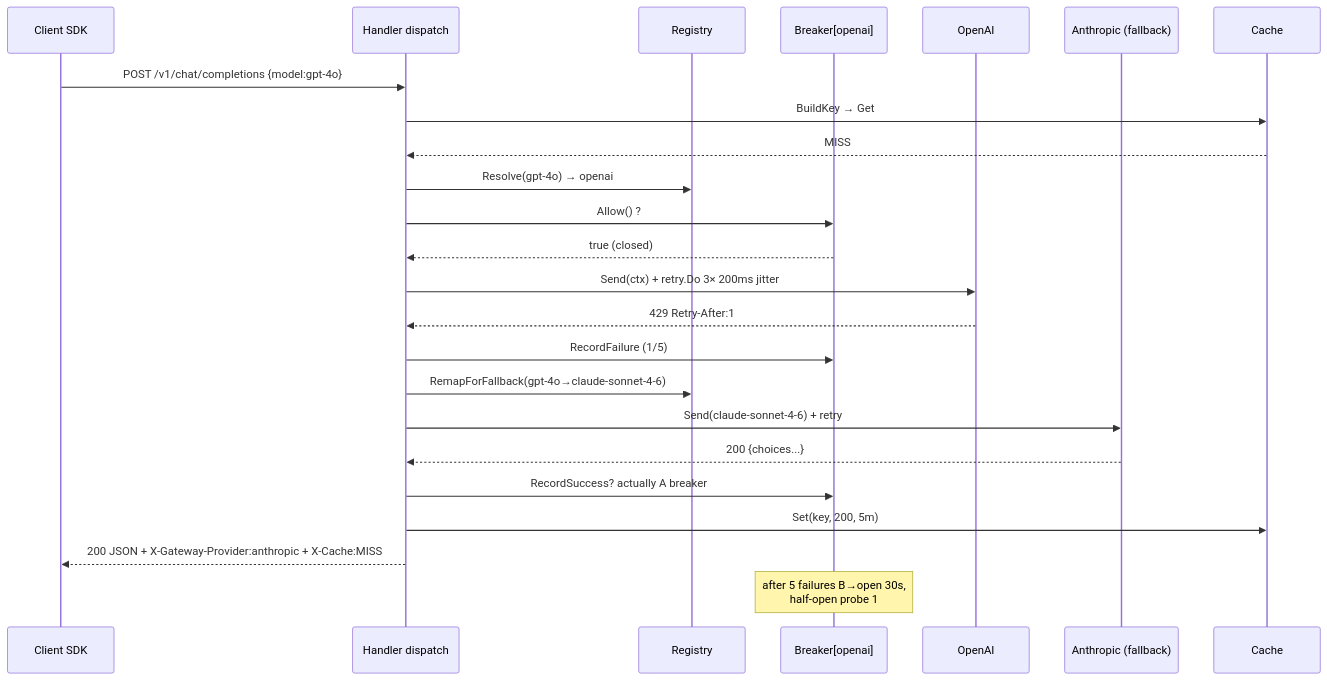
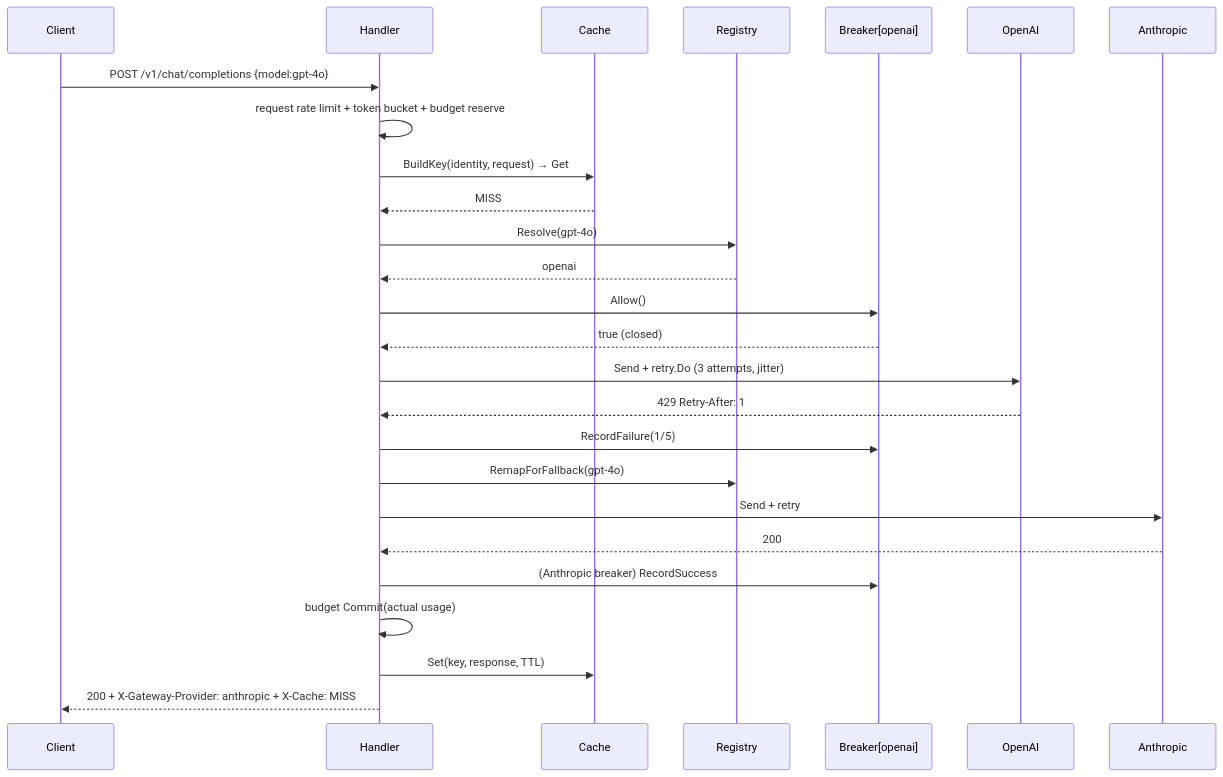
Before and after one commit to Francisco-cor/LLM-API-Gateway: the fourth of 4 diagrams in docs/ARCHITECTURE.md, drawn with Mermaid. The commit also changed other lines of this file and 7 other files, not shown here.

Commit message:
docs: rewrite README, correct changelog/bench/architecture claims for v1.1.0

````diff
--- a/docs/ARCHITECTURE.md
+++ b/docs/ARCHITECTURE.md
@@ -168,28 +194,29 @@
 ```mermaid
 sequenceDiagram
-    participant C as Client SDK
-    participant G as Handler dispatch
+    participant C as Client
+    participant H as Handler
+    participant Cache as Cache
     participant R as Registry
     participant B as Breaker[openai]
     participant O as OpenAI
-    participant A as Anthropic (fallback)
-    participant X as Cache
+    participant A as Anthropic
 
-    C->>G: POST /v1/chat/completions {model:gpt-4o}
-    G->>X: BuildKey → Get
-    X-->>G: MISS
-    G->>R: Resolve(gpt-4o) → openai
-    G->>B: Allow() ?
-    B-->>G: true (closed)
-    G->>O: Send(ctx) + retry.Do 3× 200ms jitter
-    O-->>G: 429 Retry-After:1
-    G->>B: RecordFailure (1/5)
-    G->>R: RemapForFallback(gpt-4o→claude-sonnet-4-6)
-    G->>A: Send(claude-sonnet-4-6) + retry
-    A-->>G: 200 {choices...}
-    G->>B: RecordSuccess? actually A breaker
-    G->>X: Set(key, 200, 5m)
-    G-->>C: 200 JSON + X-Gateway-Provider:anthropic + X-Cache:MISS
-
-    Note over B: after 5 failures B→open 30s,<br>half-open probe 1
+    C->>H: POST /v1/chat/completions {model:gpt-4o}
+    H->>H: request rate limit + token bucket + budget reserve
+    H->>Cache: BuildKey(identity, request) → Get
+    Cache-->>H: MISS
+    H->>R: Resolve(gpt-4o)
+    R-->>H: openai
+    H->>B: Allow()
+    B-->>H: true (closed)
+    H->>O: Send + retry.Do (3 attempts, jitter)
+    O-->>H: 429 Retry-After: 1
+    H->>B: RecordFailure(1/5)
+    H->>R: RemapForFallback(gpt-4o)
+    H->>A: Send + retry
+    A-->>H: 200
+    H->>B: (Anthropic breaker) RecordSuccess
+    H->>H: budget Commit(actual usage)
+    H->>Cache: Set(key, response, TTL)
+    H-->>C: 200 + X-Gateway-Provider: anthropic + X-Cache: MISS
 ```
````
